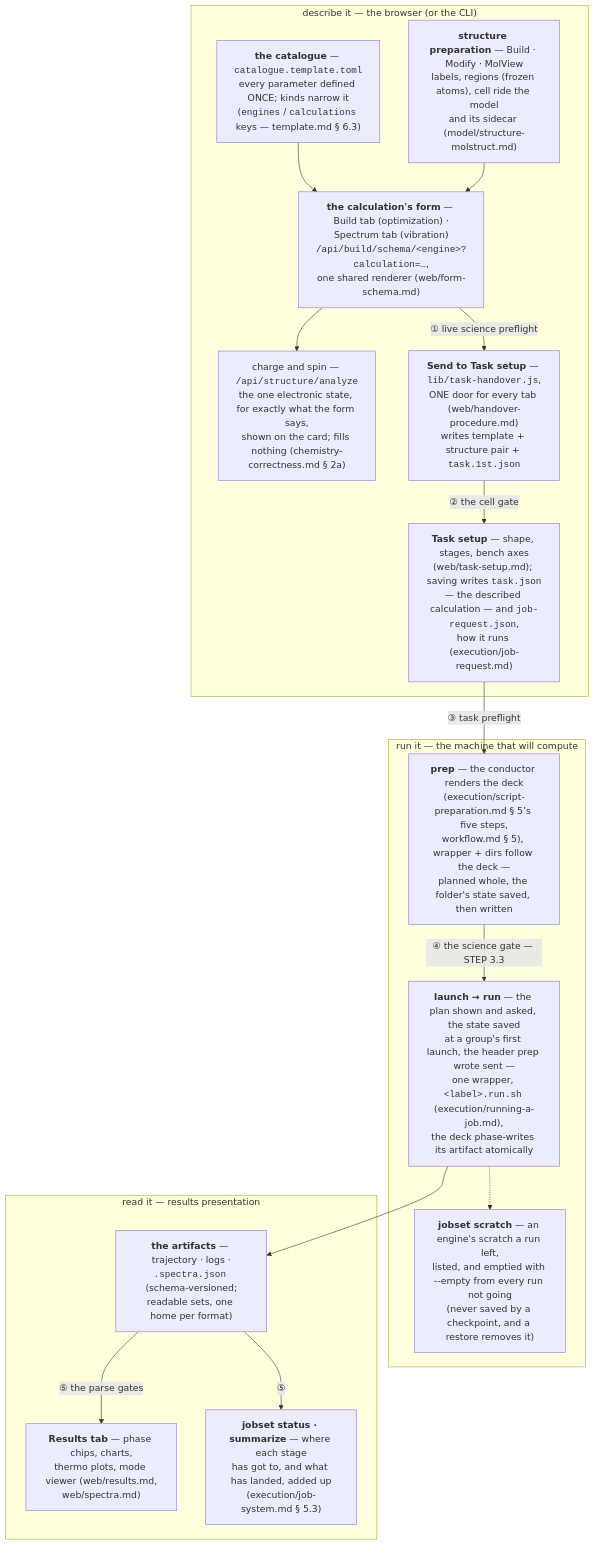
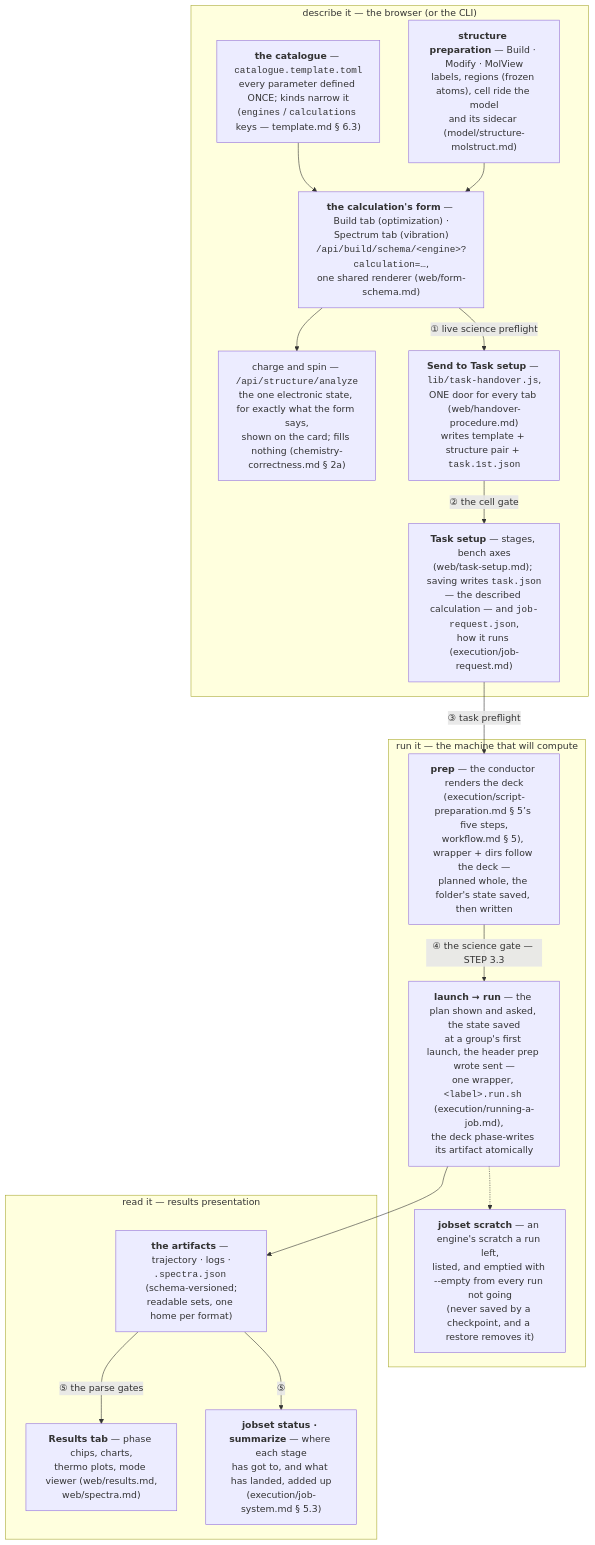
One commit to Qing-LAB/molbuilder changed the fourth of 4 diagrams in docs/workflow.md. Above: the diagram before and after it, drawn with Mermaid. The commit also changed other lines of this file and 193 other files, not shown here.

````diff
--- a/docs/workflow.md
+++ b/docs/workflow.md
@@ -516,33 +517,33 @@
 ```mermaid
 flowchart TB
     subgraph DESCRIBE["describe it — the browser (or the CLI)"]
         CAT["<b>the catalogue</b> — <code>catalogue.template.toml</code><br/>every parameter defined ONCE; kinds narrow it<br/>(<code>engines</code> / <code>calculations</code> keys — template.md § 6.3)"]
         STRUCT["<b>structure preparation</b> — Build · Modify · MolView<br/>labels, regions (frozen atoms), cell ride the model<br/>and its sidecar (model/structure-molstruct.md)"]
         FORM["<b>the calculation's form</b> — Build tab (optimization) ·<br/>Spectrum tab (vibration)<br/><code>/api/build/schema/&lt;engine&gt;?calculation=…</code>,<br/>one shared renderer (web/form-schema.md)"]
         DETECT["charge and spin — <code>/api/structure/analyze</code><br/>the one electronic state, for exactly what the form says,<br/>shown on the card; fills nothing (chemistry-correctness.md § 2a)"]
         SEND["<b>Send to Task setup</b> — <code>lib/task-handover.js</code>,<br/>ONE door for every tab (web/handover-procedure.md)<br/>writes template + structure pair + <code>task.1st.json</code>"]
-        TS["<b>Task setup</b> — shape, stages, bench axes<br/>(web/task-setup.md); saving writes <code>task.json</code><br/>— the described calculation — and <code>job-request.json</code>,<br/>how it runs (execution/job-request.md)"]
+        TS["<b>Task setup</b> — stages, bench axes<br/>(web/task-setup.md); saving writes <code>task.json</code><br/>— the described calculation — and <code>job-request.json</code>,<br/>how it runs (execution/job-request.md)"]
     end
     subgraph MACHINE["run it — the machine that will compute"]
         PREP["<b>prep</b> — the conductor renders the deck<br/>(execution/script-preparation.md § 5’s five steps,<br/>workflow.md § 5), wrapper + dirs follow the deck —<br/>planned whole, the folder's state saved, then written"]
         RUN["<b>launch → run</b> — the plan shown and asked, the state saved<br/>at a group's first launch, the header prep wrote sent —<br/>one wrapper, <code>&lt;label&gt;.run.sh</code> (execution/running-a-job.md),<br/>the deck phase-writes its artifact atomically"]
         SCR["<b>jobset scratch</b> — an engine's scratch a run left,<br/>listed, and emptied with --empty from every run not going<br/>(never saved by a checkpoint, and a restore removes it)"]
     end
     subgraph READ["read it — results presentation"]
         ART["<b>the artifacts</b> — trajectory · logs ·<br/><code>.spectra.json</code> (schema-versioned;<br/>readable sets, one home per format)"]
         RES["<b>Results tab</b> — phase chips, charts,<br/>thermo plots, mode viewer (web/results.md,<br/>web/spectra.md)"]
         OBS["<b>jobset status · summarize</b> — where each stage<br/>has got to, and what has landed, added up<br/>(execution/job-system.md § 5.3)"]
     end
 
     CAT --> FORM
     STRUCT --> FORM
     FORM --> DETECT
     FORM -->|"① live science preflight"| SEND
     SEND -->|"② the cell gate"| TS
     TS -->|"③ task preflight"| PREP
     PREP -->|"④ the science gate — STEP 3.3"| RUN
     RUN --> ART
     RUN -.-> SCR
     ART -->|"⑤ the parse gates"| RES
     ART -->|"⑤"| OBS
 ```
````
